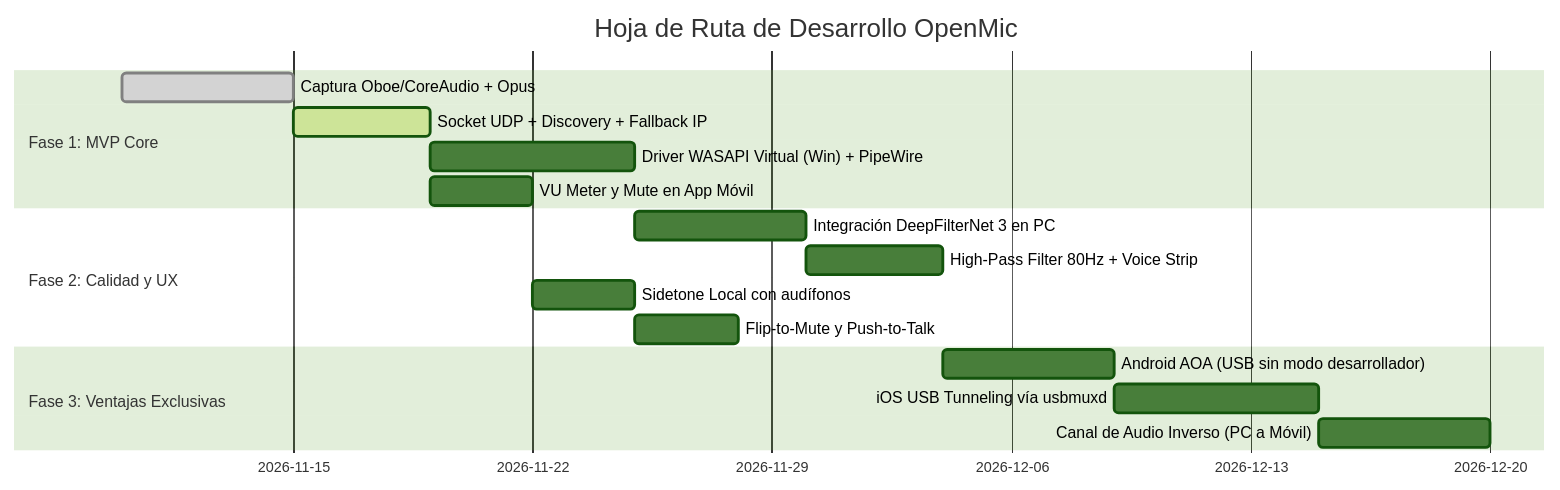
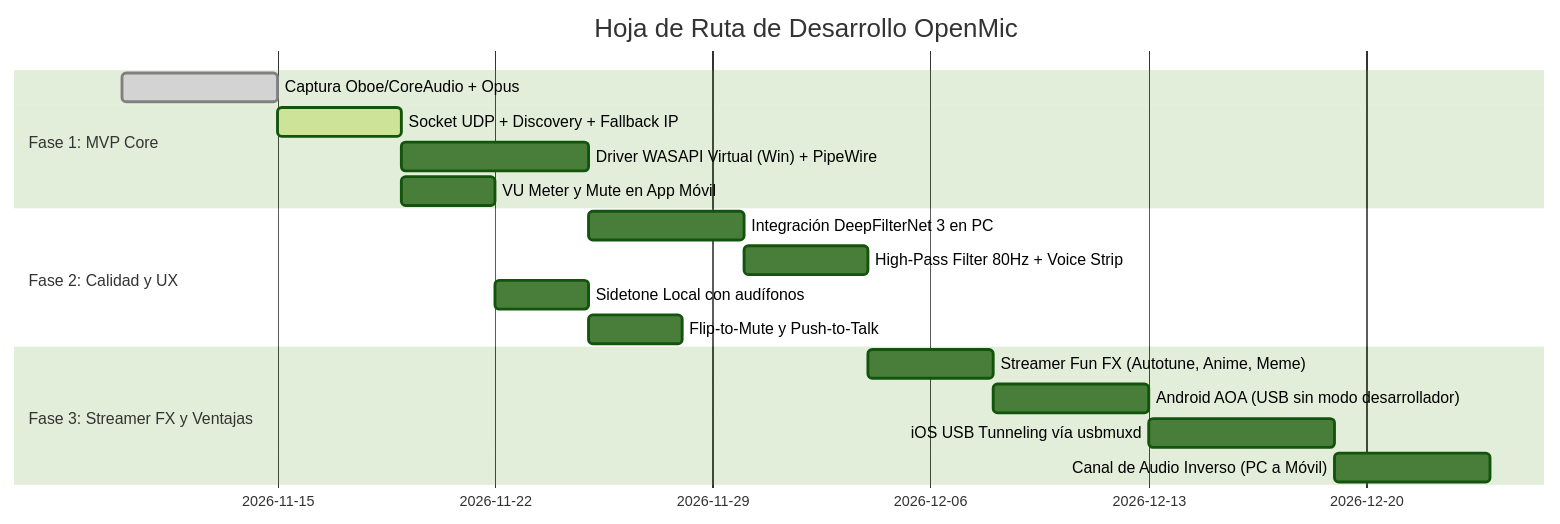
The second of 2 diagrams in PROPUESTAS_Y_ARQUITECTURA_OPENMIC.md (Blissh/pocketmic), drawn with Mermaid (forest theme) before and after one commit. The commit also changed other lines of this file and 110 other files, not shown here.

First line of the commit message:
feat: implement core streaming (001), streamer fx (002) and android client (003)

````diff
--- a/PROPUESTAS_Y_ARQUITECTURA_OPENMIC.md
+++ b/PROPUESTAS_Y_ARQUITECTURA_OPENMIC.md
@@ -200,21 +244,22 @@
 ```mermaid
 gantt
     title Hoja de Ruta de Desarrollo OpenMic
     dateFormat  YYYY-MM-DD
     section Fase 1: MVP Core
     Captura Oboe/CoreAudio + Opus           :done, f1_1, 2026-11-10, 5d
     Socket UDP + Discovery + Fallback IP    :active, f1_2, after f1_1, 4d
     Driver WASAPI Virtual (Win) + PipeWire  :f1_3, after f1_2, 6d
     VU Meter y Mute en App Móvil           :f1_4, after f1_2, 3d
 
     section Fase 2: Calidad y UX
     Integración DeepFilterNet 3 en PC       :f2_1, after f1_3, 5d
     High-Pass Filter 80Hz + Voice Strip     :f2_2, after f2_1, 4d
     Sidetone Local con audífonos            :f2_3, after f1_4, 3d
     Flip-to-Mute y Push-to-Talk             :f2_4, after f2_3, 3d
 
-    section Fase 3: Ventajas Exclusivas
-    Android AOA (USB sin modo desarrollador):f3_1, after f2_2, 5d
+    section Fase 3: Streamer FX y Ventajas
+    Streamer Fun FX (Autotune, Anime, Meme) :f3_0, after f2_2, 4d
+    Android AOA (USB sin modo desarrollador):f3_1, after f3_0, 5d
     iOS USB Tunneling vía usbmuxd           :f3_2, after f3_1, 6d
     Canal de Audio Inverso (PC a Móvil)     :f3_3, after f3_2, 5d
 ```
````
